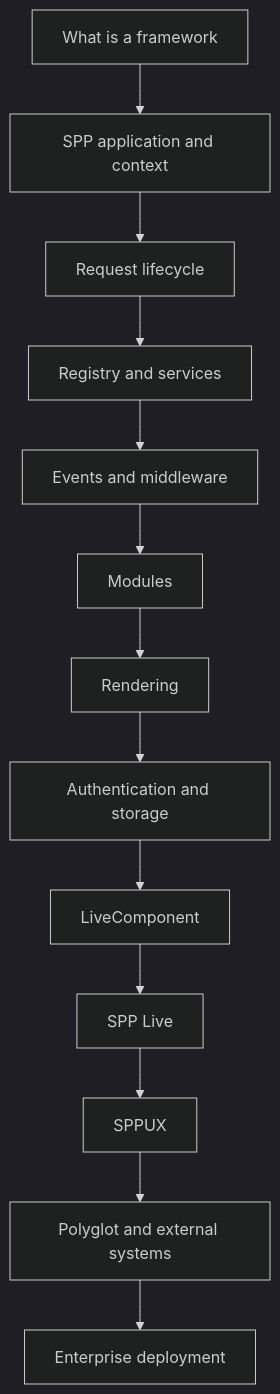
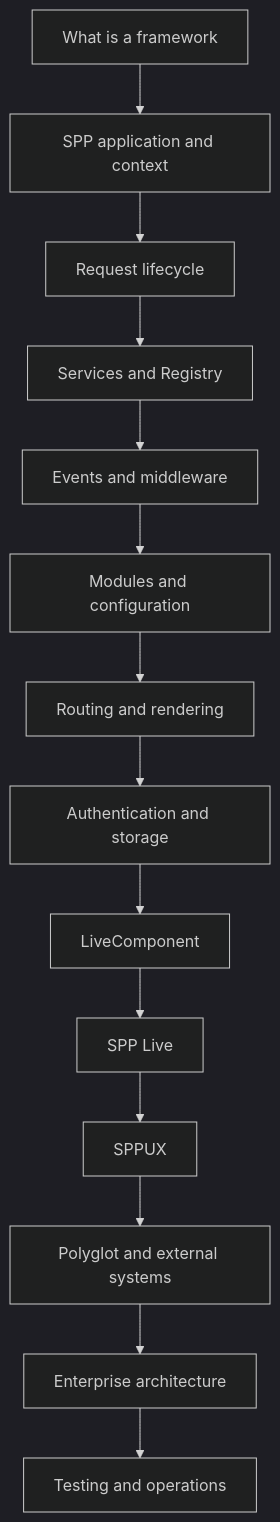
Before and after one commit to shuklasp/spp: the diagram in documentation/handbook/README.md, drawn with Mermaid (dark theme). The commit also changed other lines of this file, not shown here.

````diff
--- a/documentation/handbook/README.md
+++ b/documentation/handbook/README.md
@@ -71,15 +86,16 @@
 ```mermaid
 flowchart TD
     A[What is a framework] --> B[SPP application and context]
     B --> C[Request lifecycle]
-    C --> D[Registry and services]
+    C --> D[Services and Registry]
     D --> E[Events and middleware]
-    E --> F[Modules]
-    F --> G[Rendering]
+    E --> F[Modules and configuration]
+    F --> G[Routing and rendering]
     G --> H[Authentication and storage]
     H --> I[LiveComponent]
     I --> J[SPP Live]
     J --> K[SPPUX]
     K --> L[Polyglot and external systems]
-    L --> M[Enterprise deployment]
+    L --> M[Enterprise architecture]
+    M --> N[Testing and operations]
 ```
````
